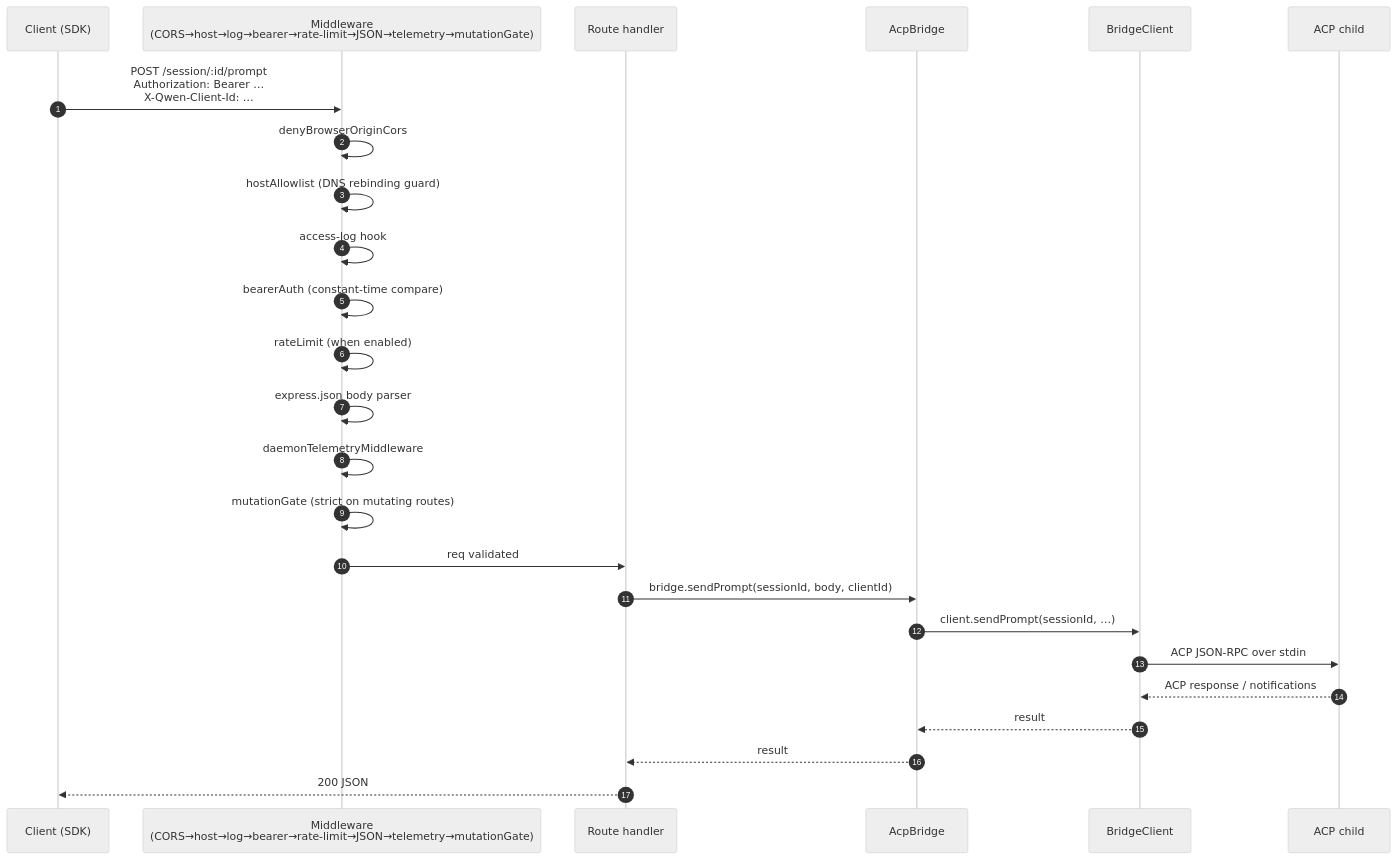
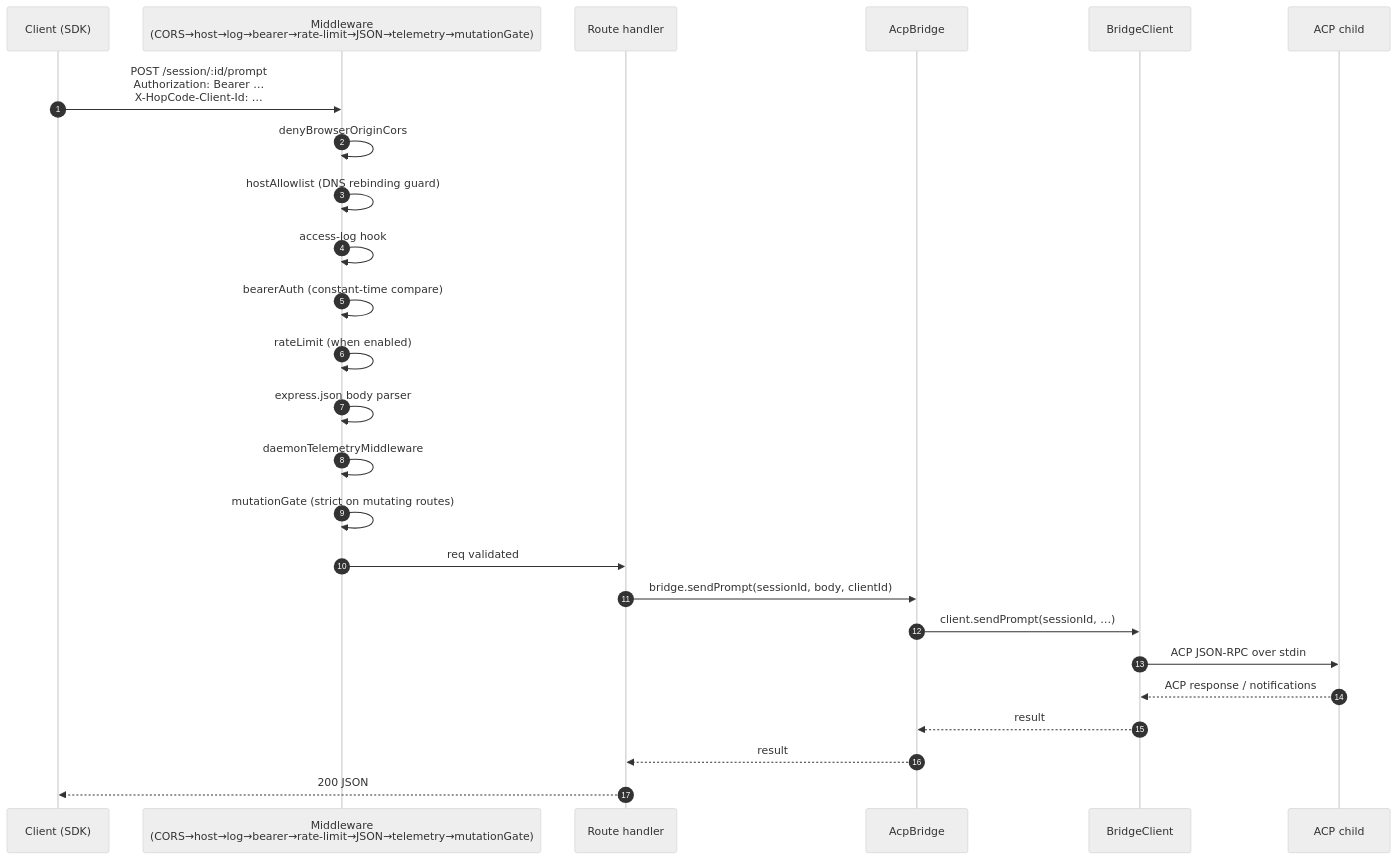
Before and after one commit to TaimoorSiddiquiOfficial/HopCode: the third of 7 diagrams in docs/developers/daemon/01-architecture.md, drawn with Mermaid (neutral theme). The commit also changed other lines of this file and 84 other files, not shown here.

````diff
--- a/docs/developers/daemon/01-architecture.md
+++ b/docs/developers/daemon/01-architecture.md
@@ -146,28 +146,28 @@
 ```mermaid
 sequenceDiagram
     autonumber
     participant C as Client (SDK)
     participant MW as Middleware<br/>(CORS→host→log→bearer→rate-limit→JSON→telemetry→mutationGate)
     participant R as Route handler
     participant BR as AcpBridge
     participant BC as BridgeClient
     participant CH as ACP child
 
-    C->>MW: POST /session/:id/prompt<br/>Authorization: Bearer …<br/>X-Qwen-Client-Id: …
+    C->>MW: POST /session/:id/prompt<br/>Authorization: Bearer …<br/>X-HopCode-Client-Id: …
     MW->>MW: denyBrowserOriginCors
     MW->>MW: hostAllowlist (DNS rebinding guard)
     MW->>MW: access-log hook
     MW->>MW: bearerAuth (constant-time compare)
     MW->>MW: rateLimit (when enabled)
     MW->>MW: express.json body parser
     MW->>MW: daemonTelemetryMiddleware
     MW->>MW: mutationGate (strict on mutating routes)
     MW->>R: req validated
     R->>BR: bridge.sendPrompt(sessionId, body, clientId)
     BR->>BC: client.sendPrompt(sessionId, …)
     BC->>CH: ACP JSON-RPC over stdin
     CH-->>BC: ACP response / notifications
     BC-->>BR: result
     BR-->>R: result
     R-->>C: 200 JSON
 ```
````
